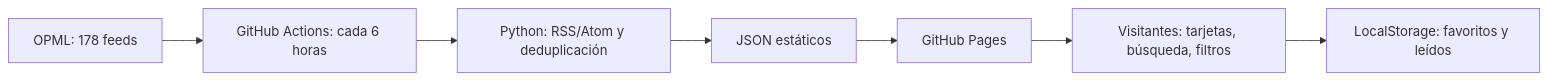
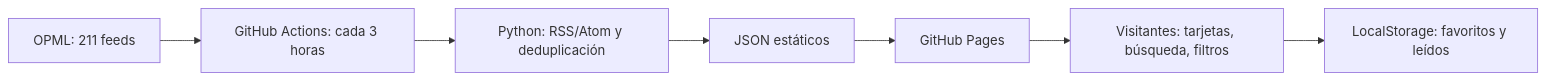
Before and after one commit to medinacaj/notisonda: the diagram in README.md, drawn with Mermaid. The commit also changed other lines of this file and 34 other files, not shown here.

````diff
--- a/README.md
+++ b/README.md
@@ -9,9 +9,9 @@
 ```mermaid
 flowchart LR
-  A[OPML: 178 feeds] --> B[GitHub Actions: cada 6 horas]
+  A[OPML: 211 feeds] --> B[GitHub Actions: cada 3 horas]
   B --> C[Python: RSS/Atom y deduplicación]
   C --> D[JSON estáticos]
   D --> E[GitHub Pages]
   E --> F[Visitantes: tarjetas, búsqueda, filtros]
   F --> G[LocalStorage: favoritos y leídos]
 ```
````
